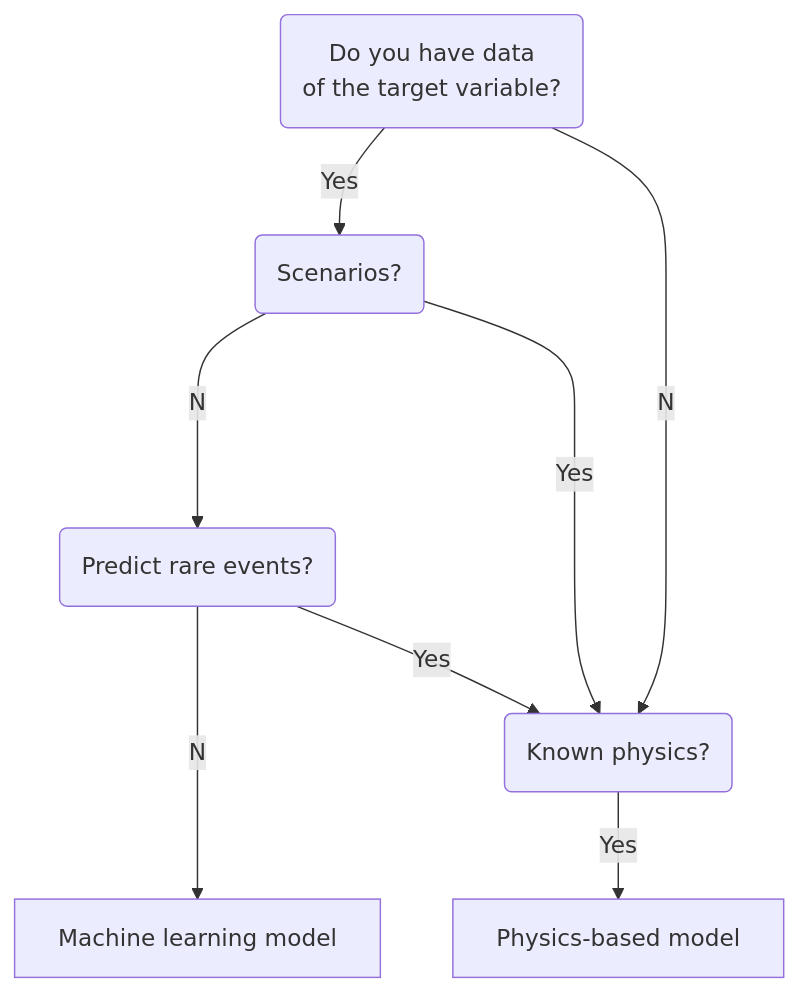
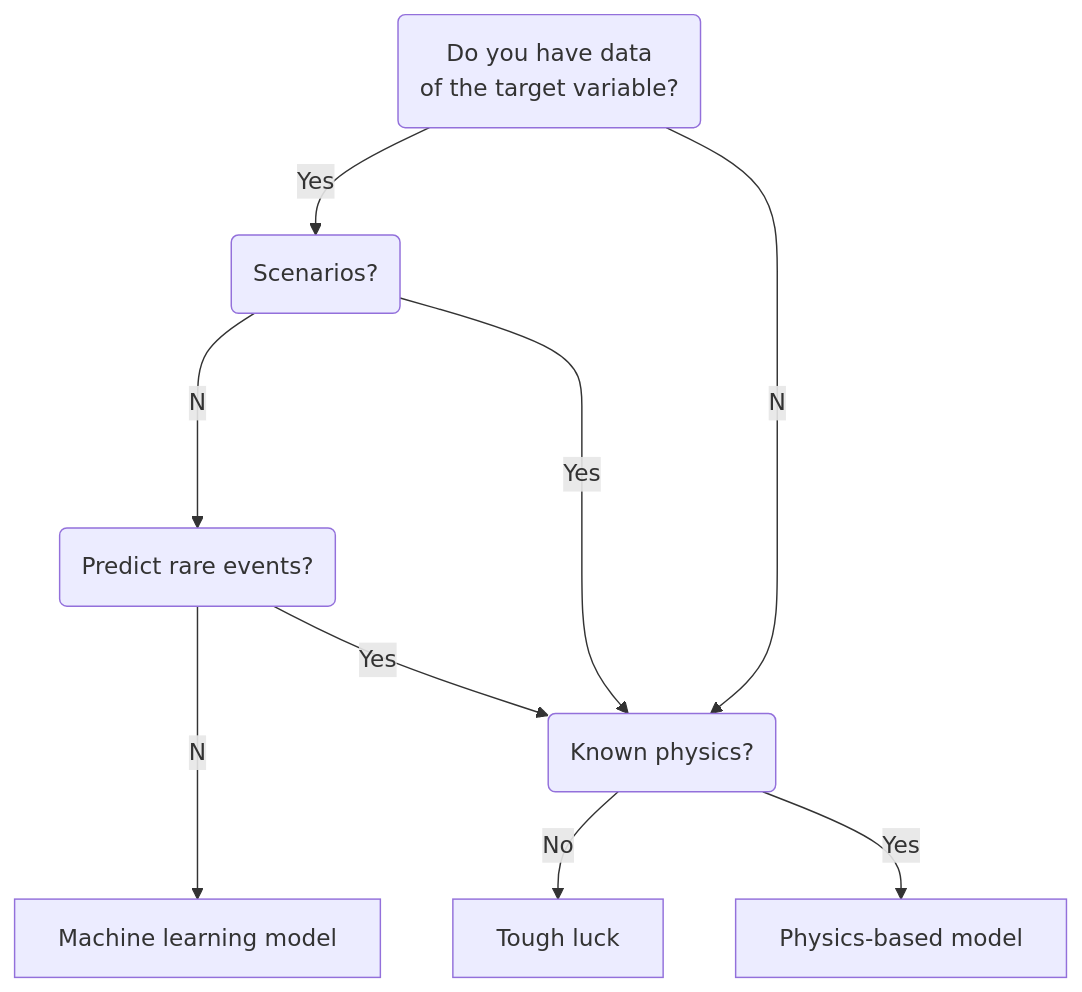
Before and after one commit to DHI/datatalks: the first of 6 diagrams in talk_17_regression_sklearn/regression.qmd, drawn with Mermaid. The commit also changed other lines of this file, not shown here.

````diff
--- a/talk_17_regression_sklearn/regression.qmd
+++ b/talk_17_regression_sklearn/regression.qmd
@@ -20,20 +20,23 @@
 ```{mermaid}
 %%| echo: false
 flowchart TB
   DA(Do you have data\n of the target variable?)
   SC(Scenarios?)
   ET(Predict rare events?)
   
   P(Known physics?)
   
   ML[Machine learning model]
   PB[Physics-based model]  
+  TL[Tough luck]
     
   DA --Yes--> SC
   DA --No--> P
   SC--No--> ET
   SC --Yes--> P
   ET --No--> ML
   ET --Yes--> P
+  P --No --> TL
   P --Yes --> PB
+  
 ```
````
